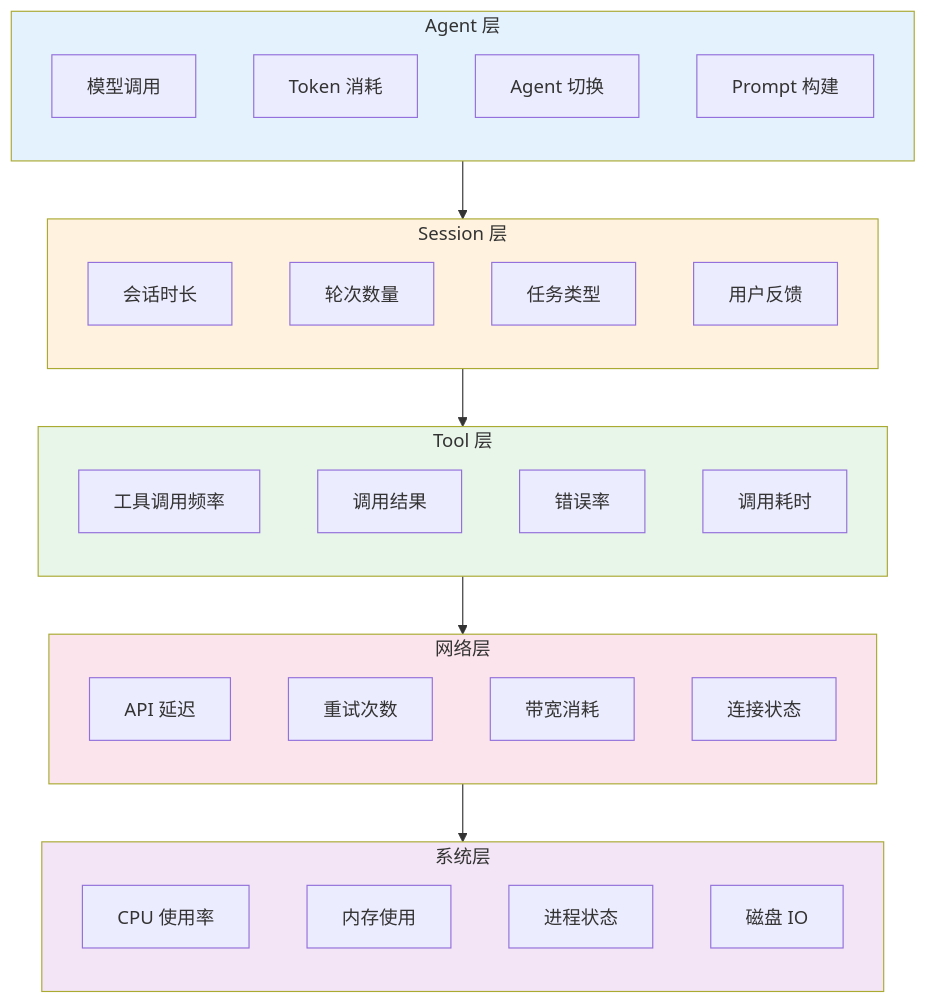
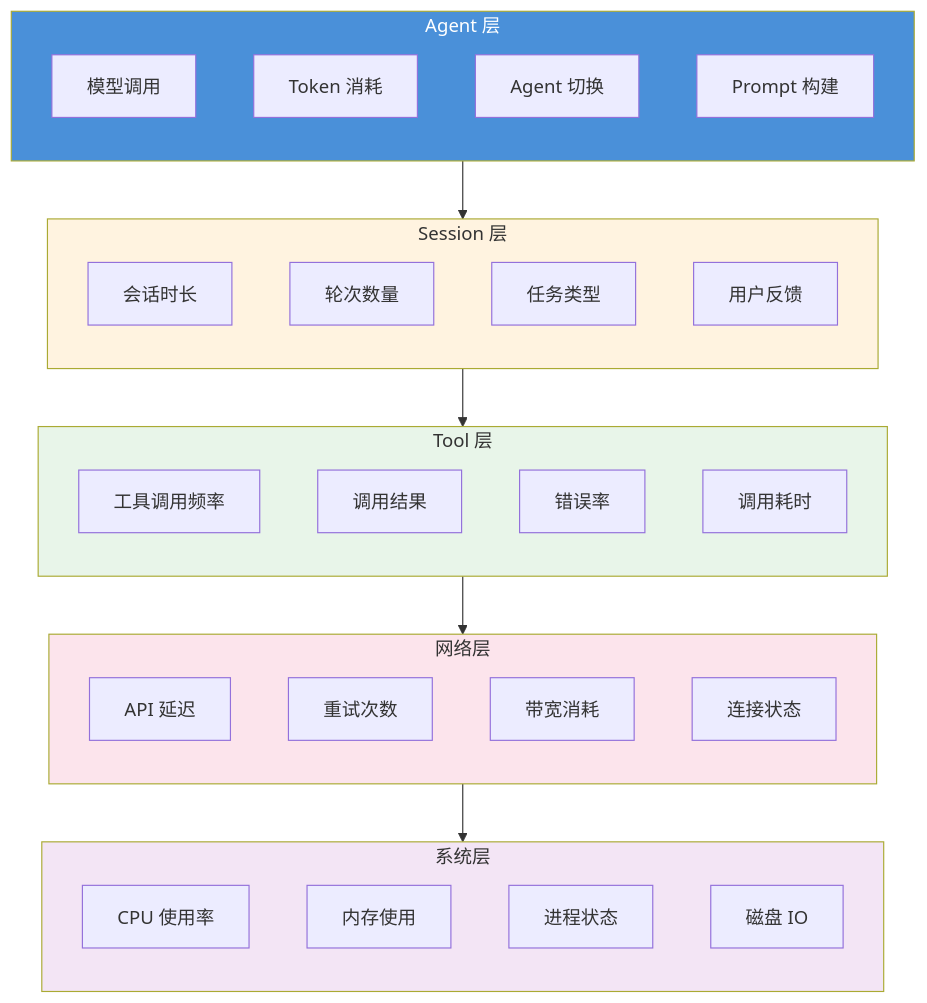
Before and after one commit to tonydeng/harness-engineering-from-oc-to-ai-coding: the third of 4 diagrams in src/06-advanced/observability.md, drawn with Mermaid. The commit also changed 45 other files, not shown here.

````diff
--- a/src/06-advanced/observability.md
+++ b/src/06-advanced/observability.md
@@ -404,53 +404,53 @@
 ```mermaid
 flowchart TB
     subgraph AgentLayer["Agent 层"]
         direction TB
         A1[模型调用]
         A2[Token 消耗]
         A3[Agent 切换]
         A4[Prompt 构建]
     end
 
     subgraph SessionLayer["Session 层"]
         direction TB
         S1[会话时长]
         S2[轮次数量]
         S3[任务类型]
         S4[用户反馈]
     end
 
     subgraph ToolLayer["Tool 层"]
         direction TB
         T1[工具调用频率]
         T2[调用结果]
         T3[错误率]
         T4[调用耗时]
     end
 
     subgraph NetworkLayer["网络层"]
         direction TB
         N1[API 延迟]
         N2[重试次数]
         N3[带宽消耗]
         N4[连接状态]
     end
 
     subgraph SystemLayer["系统层"]
         direction TB
         Sys1[CPU 使用率]
         Sys2[内存使用]
         Sys3[进程状态]
         Sys4[磁盘 IO]
     end
 
     AgentLayer --> SessionLayer
     SessionLayer --> ToolLayer
     ToolLayer --> NetworkLayer
     NetworkLayer --> SystemLayer
 
-    style AgentLayer fill:#e3f2fd
+    style AgentLayer fill:#4A90D9,color:#fff
     style SessionLayer fill:#fff3e0
     style ToolLayer fill:#e8f5e9
     style NetworkLayer fill:#fce4ec
     style SystemLayer fill:#f3e5f5
 ```
````
